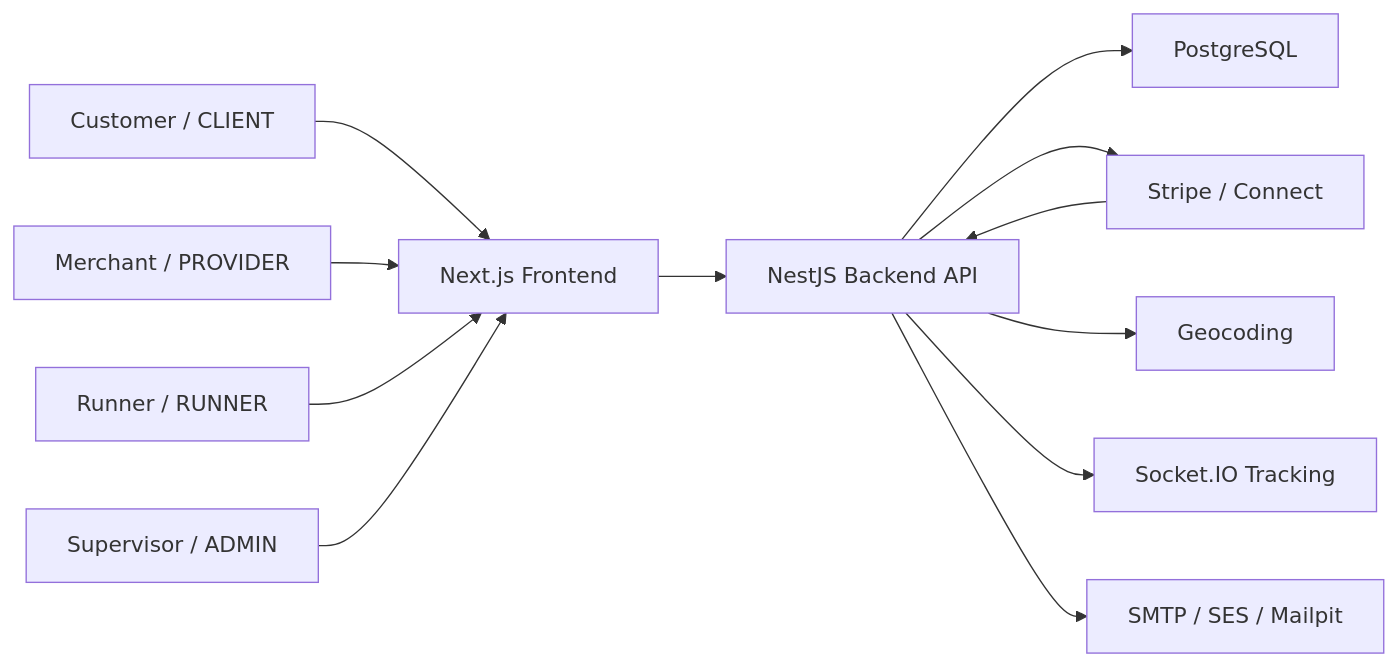
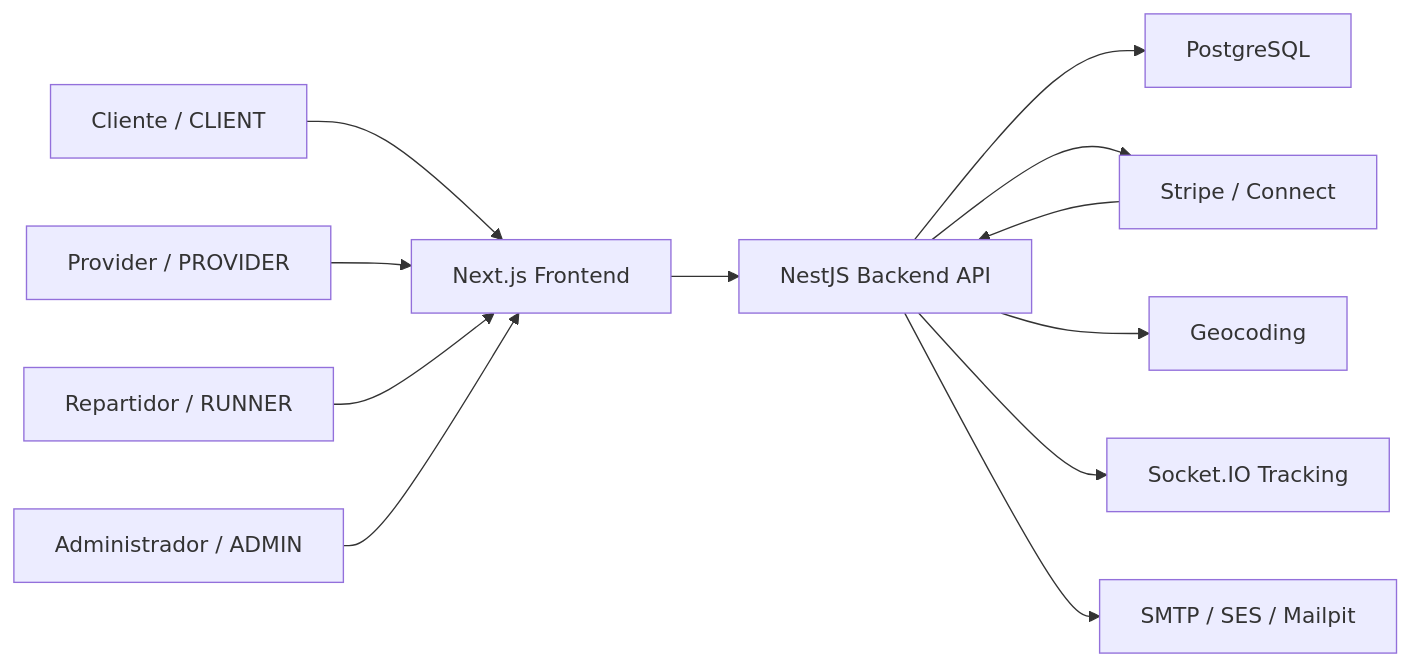
Before and after one commit to p1sci5k3y/Mecerka: the diagram in docs/diagrams/system-context.md, drawn with Mermaid. The commit also changed other lines of this file and 48 other files, not shown here.

Commit message:
docs: refresh repo architecture and flow specs

````diff
--- a/docs/diagrams/system-context.md
+++ b/docs/diagrams/system-context.md
@@ -3,15 +3,15 @@
 ```mermaid
 flowchart LR
-    user["Customer / CLIENT"] --> frontend["Next.js Frontend"]
-    provider["Merchant / PROVIDER"] --> frontend
-    runner["Runner / RUNNER"] --> frontend
-    admin["Supervisor / ADMIN"] --> frontend
+    user["Cliente / CLIENT"] --> frontend["Next.js Frontend"]
+    provider["Provider / PROVIDER"] --> frontend
+    runner["Repartidor / RUNNER"] --> frontend
+    admin["Administrador / ADMIN"] --> frontend
 
     frontend --> backend["NestJS Backend API"]
     backend --> db["PostgreSQL"]
     backend --> stripe["Stripe / Connect"]
     backend --> geo["Geocoding"]
     backend --> ws["Socket.IO Tracking"]
     backend --> mail["SMTP / SES / Mailpit"]
     stripe --> backend
 ```
````
